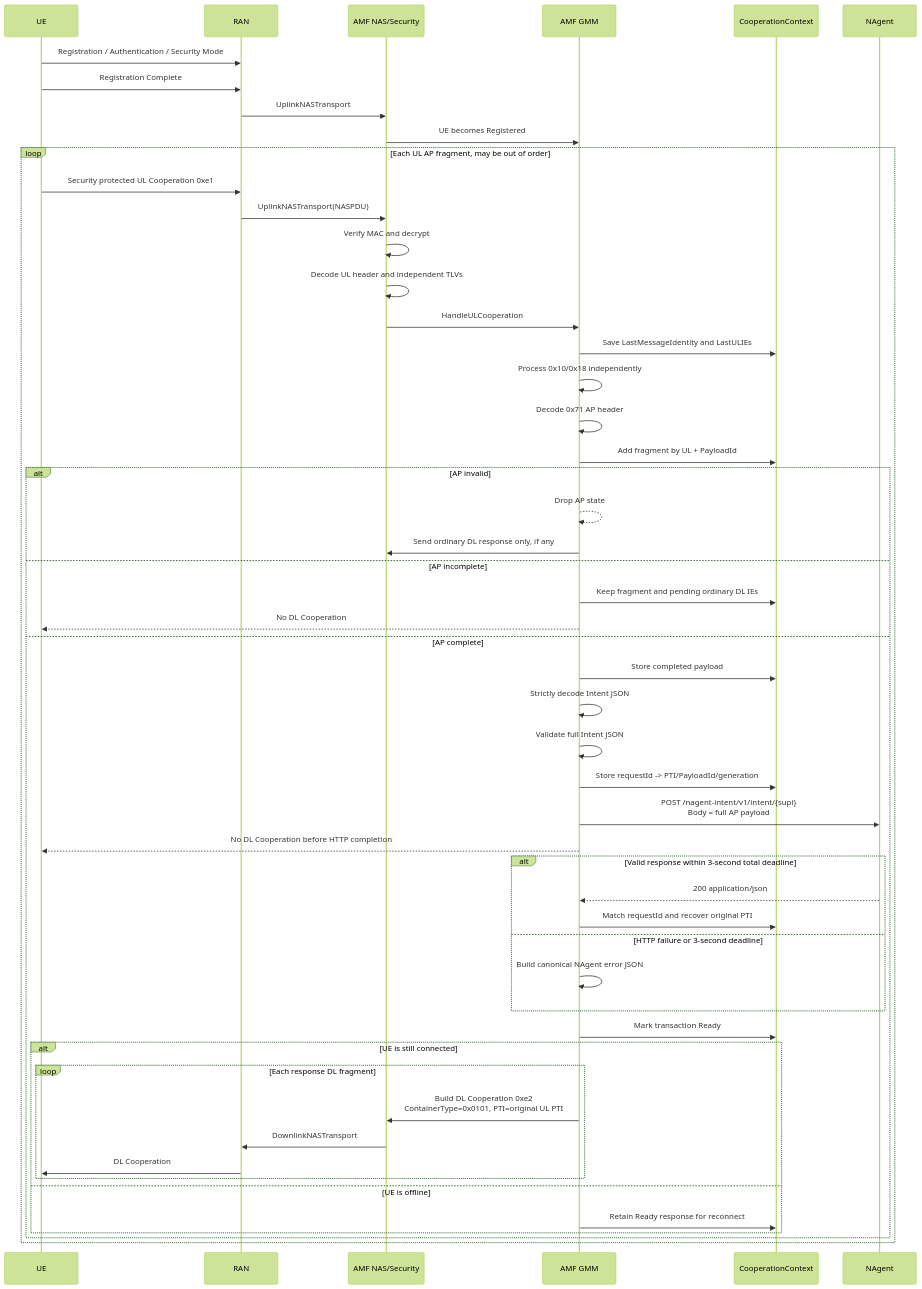
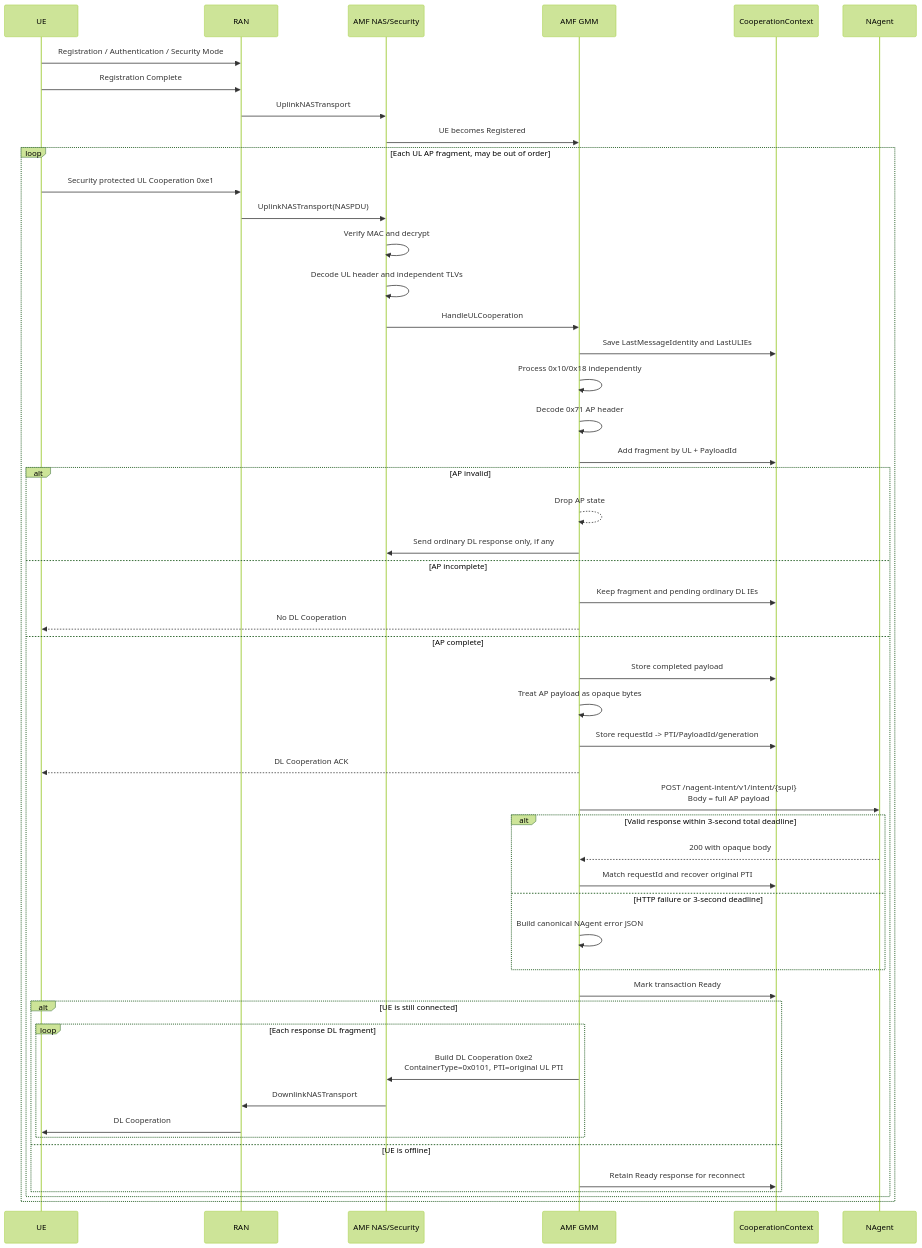
The diagram in docs/cooperation-porting-guide.md (acore2026/amf), drawn with Mermaid (forest theme) before and after one commit. The commit also changed other lines of this file and 10 other files, not shown here.

Commit message:
feat: make NAgent AP payload forwarding opaque

````diff
--- a/docs/cooperation-porting-guide.md
+++ b/docs/cooperation-porting-guide.md
@@ -243,56 +243,55 @@
 ```mermaid
 sequenceDiagram
     participant UE
     participant RAN
     participant NAS as AMF NAS/Security
     participant GMM as AMF GMM
     participant CTX as CooperationContext
     participant NAgent
 
     UE->>RAN: Registration / Authentication / Security Mode
     UE->>RAN: Registration Complete
     RAN->>NAS: UplinkNASTransport
     NAS->>GMM: UE becomes Registered
 
     loop Each UL AP fragment, may be out of order
         UE->>RAN: Security protected UL Cooperation 0xe1
         RAN->>NAS: UplinkNASTransport(NASPDU)
         NAS->>NAS: Verify MAC and decrypt
         NAS->>NAS: Decode UL header and independent TLVs
         NAS->>GMM: HandleULCooperation
         GMM->>CTX: Save LastMessageIdentity and LastULIEs
         GMM->>GMM: Process 0x10/0x18 independently
         GMM->>GMM: Decode 0x71 AP header
         GMM->>CTX: Add fragment by UL + PayloadId
         alt AP invalid
             GMM-->>GMM: Drop AP state
             GMM->>NAS: Send ordinary DL response only, if any
         else AP incomplete
             GMM->>CTX: Keep fragment and pending ordinary DL IEs
             GMM-->>UE: No DL Cooperation
         else AP complete
             GMM->>CTX: Store completed payload
-            GMM->>GMM: Strictly decode Intent JSON
-            GMM->>GMM: Validate full Intent JSON
+            GMM->>GMM: Treat AP payload as opaque bytes
             GMM->>CTX: Store requestId -> PTI/PayloadId/generation
+            GMM-->>UE: DL Cooperation ACK
             GMM->>NAgent: POST /nagent-intent/v1/intent/{supi}<br/>Body = full AP payload
-            GMM-->>UE: No DL Cooperation before HTTP completion
             alt Valid response within 3-second total deadline
-                NAgent-->>GMM: 200 application/json
+                NAgent-->>GMM: 200 with opaque body
                 GMM->>CTX: Match requestId and recover original PTI
             else HTTP failure or 3-second deadline
                 GMM->>GMM: Build canonical NAgent error JSON
             end
             GMM->>CTX: Mark transaction Ready
             alt UE is still connected
                 loop Each response DL fragment
                     GMM->>NAS: Build DL Cooperation 0xe2<br/>ContainerType=0x0101, PTI=original UL PTI
                     NAS->>RAN: DownlinkNASTransport
                     RAN->>UE: DL Cooperation
                 end
             else UE is offline
                 GMM->>CTX: Retain Ready response for reconnect
             end
         end
     end
 ```
````
